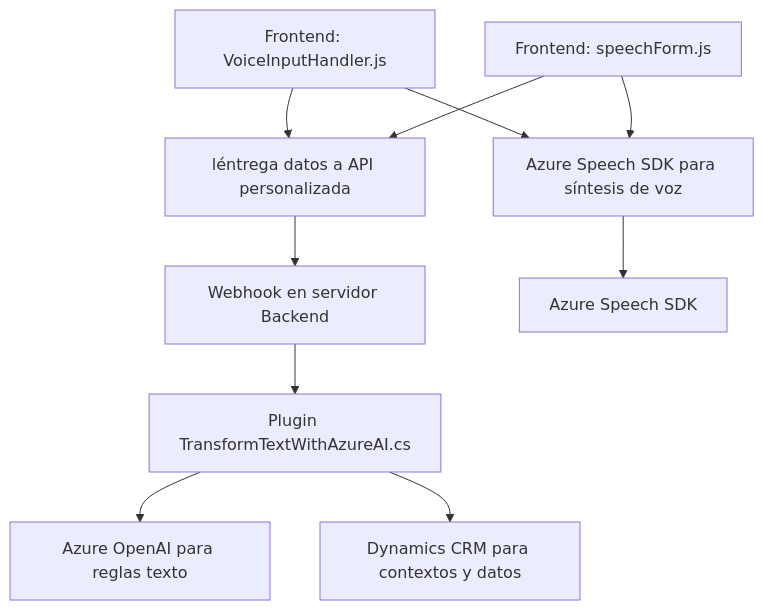
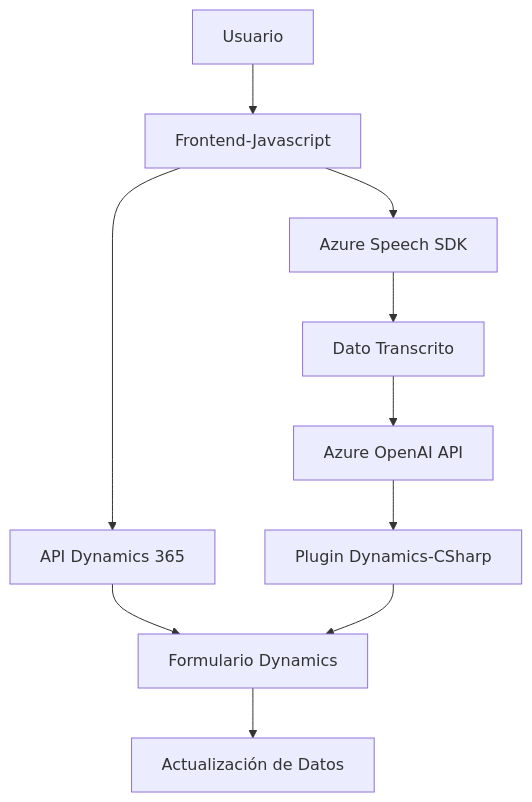
The diagram in README.md (blopezdm/NETCORE_BILBAO2025), drawn with Mermaid before and after one commit. The commit also changed other lines of this file, not shown here.

````diff
--- a/README.md
+++ b/README.md
@@ -49,12 +57,12 @@
 ```mermaid
 graph TD
-A["Frontend: VoiceInputHandler.js"] --> B["Azure Speech SDK para síntesis de voz"]
-A --> C["léntrega datos a API personalizada"]
-C --> D["Webhook en servidor Backend"]
-E["Frontend: speechForm.js"] --> B
-E --> C
-B --> F["Azure Speech SDK"]
-D --> G["Plugin TransformTextWithAzureAI.cs"]
-G --> H["Azure OpenAI para reglas texto"]
-G --> J["Dynamics CRM para contextos y datos"]
+    A["Usuario"] --> B["Frontend-Javascript"]
+    B["Frontend-Javascript"] --> C["Azure Speech SDK"]
+    B["Frontend-Javascript"] --> D["API Dynamics 365"]
+    C["Azure Speech SDK"] --> E["Dato Transcrito"]
+    D["API Dynamics 365"] --> F["Formulario Dynamics"]
+    F["Formulario Dynamics"] --> G["Actualización de Datos"]
+    E["Dato Transcrito"] --> H["Azure OpenAI API"]
+    H["Azure OpenAI API"] --> I["Plugin Dynamics-CSharp"]
+    I["Plugin Dynamics-CSharp"] --> F["Formulario Dynamics"]
 ```
````
